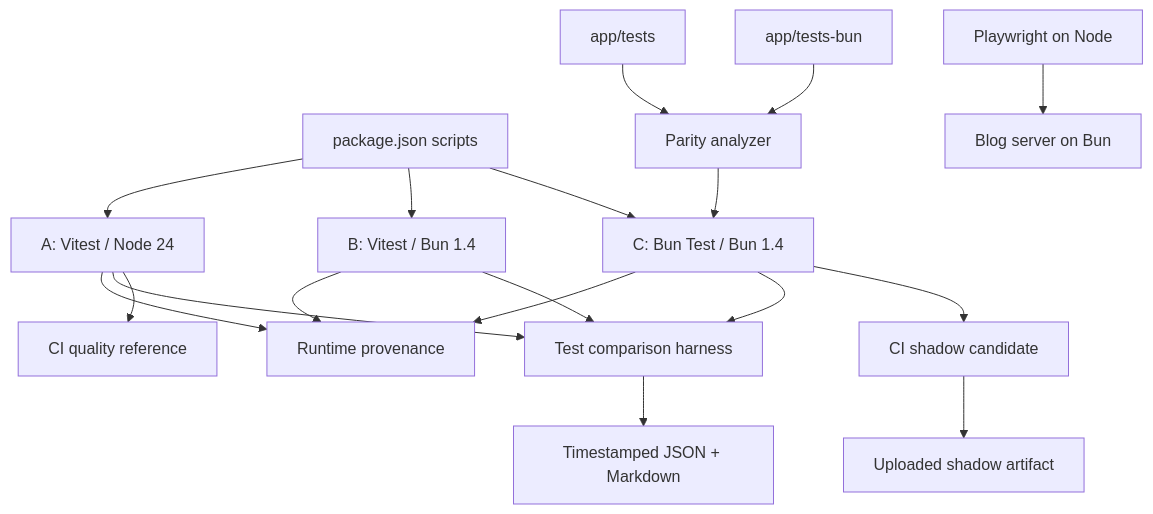
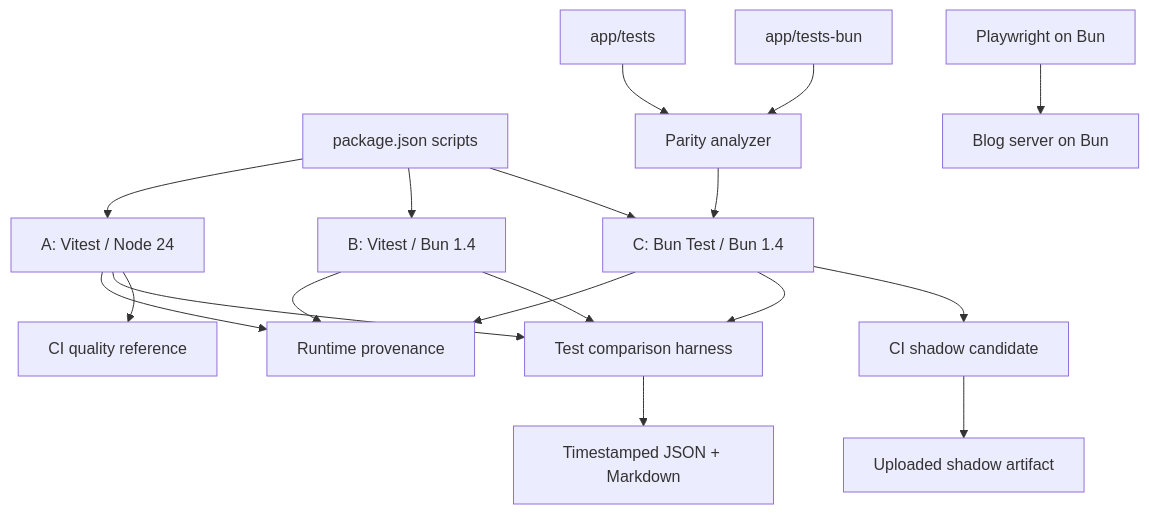
The diagram in .specs/features/bun-native-test-runner/design.md (antoniofulg/blog), drawn with Mermaid before and after one commit. The commit also changed other lines of this file and 18 other files, not shown here.

````diff
--- a/.specs/features/bun-native-test-runner/design.md
+++ b/.specs/features/bun-native-test-runner/design.md
@@ -30,25 +32,25 @@
 ```mermaid
 flowchart TD
     P[package.json scripts] --> A[A: Vitest / Node 24]
     P --> B[B: Vitest / Bun 1.4]
     P --> C[C: Bun Test / Bun 1.4]
 
     A --> PR[Runtime provenance]
     B --> PR
     C --> PR
 
     V[app/tests] --> Q[Parity analyzer]
     U[app/tests-bun] --> Q
     Q --> C
 
     A --> H[Test comparison harness]
     B --> H
     C --> H
     H --> R[Timestamped JSON + Markdown]
 
     A --> CI[CI quality reference]
     C --> SH[CI shadow candidate]
     SH --> AR[Uploaded shadow artifact]
 
-    PW[Playwright on Node] --> BS[Blog server on Bun]
+    PW[Playwright on Bun] --> BS[Blog server on Bun]
 ```
````
